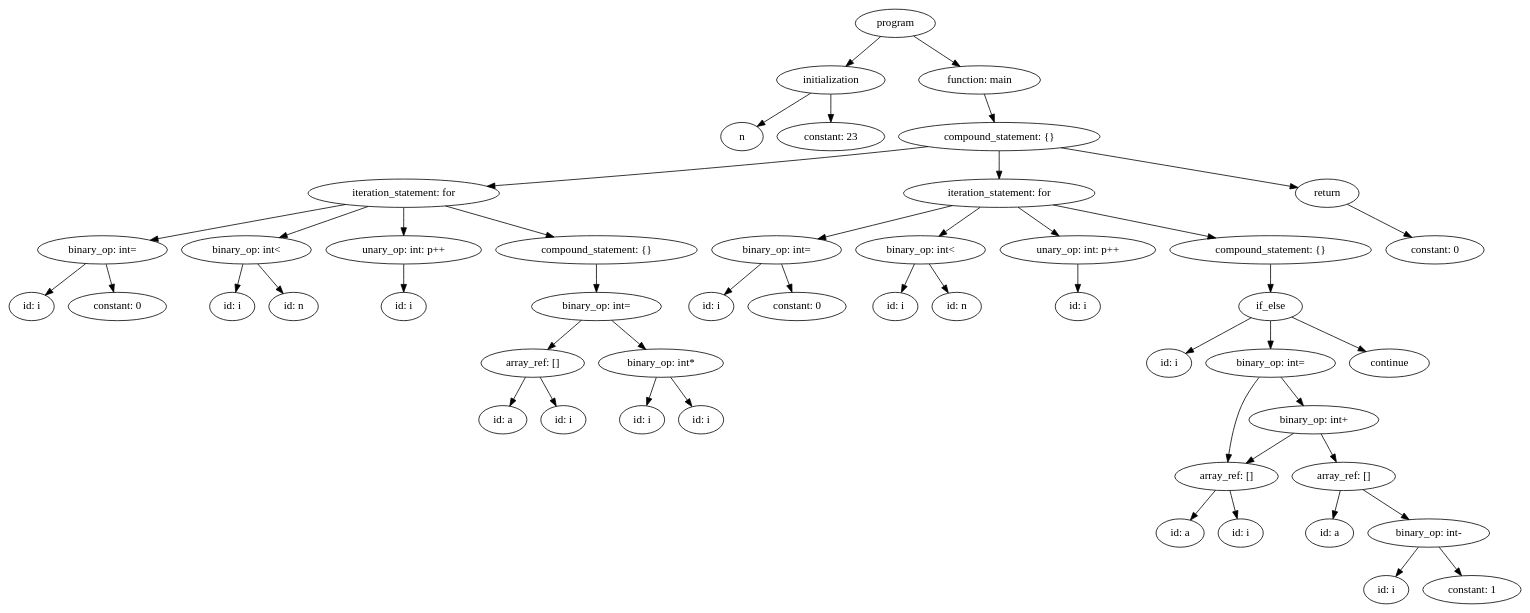
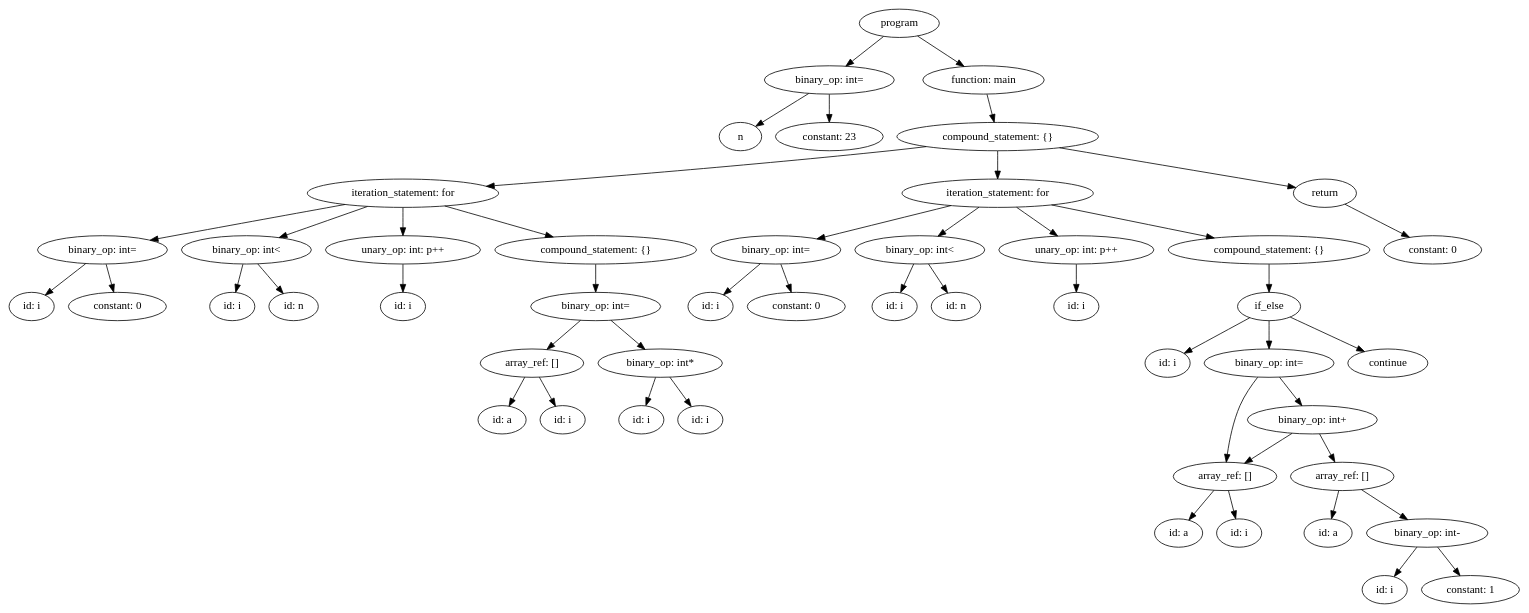
One commit to rjnrohit/C-Compiler-CS335 changed the diagram in output/test8.dot. Above: the diagram before and after it, drawn with Graphviz. The commit also changed 68 other files, not shown here.

```diff
--- a/output/test8.dot
+++ b/output/test8.dot
@@ -1,244 +1,244 @@
 strict digraph "" {
-	graph [bb="0,0,1922.1,756"];
+	graph [bb="0,0,1580.5,756"];
 	node [label="\N"];
 	58	[height=0.5,
 		label=program,
-		pos="1126.6,738",
-		width=1.4082];
+		pos="930,738",
+		width=1.1389];
 	7	[height=0.5,
-		label=initialization,
-		pos="1044.6,666",
-		width=1.9167];
-	58 -> 7	[pos="e,1063.7,683.31 1108,721.12 1097.2,711.94 1083.5,700.23 1071.6,690.06"];
+		label="binary_op: int=",
+		pos="857,666",
+		width=1.8234];
+	58 -> 7	[pos="e,874.17,683.47 913.8,721.46 904.33,712.39 892.2,700.75 881.58,690.57"];
 	57	[height=0.5,
 		label="function: main",
-		pos="1233.6,666",
-		width=2.1528];
-	58 -> 57	[pos="e,1208.9,683.13 1149.8,721.81 1164.5,712.18 1183.8,699.55 1200.2,688.85"];
+		pos="1017,666",
+		width=1.7512];
+	58 -> 57	[pos="e,996.95,683.13 948.88,721.81 960.63,712.35 975.96,700.02 989.1,689.45"];
 	5	[height=0.5,
 		label=n,
-		pos="931.6,594",
+		pos="758,594",
 		width=0.75];
-	7 -> 5	[pos="e,950.8,606.9 1019,649.12 1001.3,638.19 977.9,623.69 959.75,612.44"];
+	7 -> 5	[pos="e,775.9,607.66 834.04,648.76 819.24,638.3 799.94,624.65 784.49,613.73"];
 	6	[height=0.5,
 		label="constant: 23",
-		pos="1044.6,594",
-		width=1.8957];
-	7 -> 6	[pos="e,1044.6,612.1 1044.6,647.7 1044.6,639.98 1044.6,630.71 1044.6,622.11"];
+		pos="857,594",
+		width=1.5];
+	7 -> 6	[pos="e,857,612.1 857,647.7 857,639.98 857,630.71 857,622.11"];
 	56	[height=0.5,
 		label="compound_statement: {}",
-		pos="1258.6,594",
-		width=3.5566];
-	57 -> 56	[pos="e,1252.4,612.28 1239.6,648.05 1242.5,640.18 1245.9,630.62 1249,621.79"];
+		pos="1030,594",
+		width=2.7984];
+	57 -> 56	[pos="e,1026.8,612.1 1020.2,647.7 1021.6,639.98 1023.4,630.71 1025,622.11"];
 	30	[height=0.5,
 		label="iteration_statement: for",
-		pos="501.6,522",
-		width=3.3761];
-	56 -> 30	[pos="e,607.58,530.82 1168,581.26 1152.5,579.4 1136.6,577.57 1121.6,576 946.29,557.64 742.59,541.15 617.91,531.61"];
+		pos="419,522",
+		width=2.5998];
+	56 -> 30	[pos="e,501.59,530.51 957.88,581.35 945.27,579.46 932.26,577.6 920,576 777.87,557.51 612.41,540.97 511.73,531.47"];
 	53	[height=0.5,
 		label="iteration_statement: for",
-		pos="1258.6,522",
-		width=3.3761];
-	56 -> 53	[pos="e,1258.6,540.1 1258.6,575.7 1258.6,567.98 1258.6,558.71 1258.6,550.11"];
+		pos="1030,522",
+		width=2.5998];
+	56 -> 53	[pos="e,1030,540.1 1030,575.7 1030,567.98 1030,558.71 1030,550.11"];
 	55	[height=0.5,
 		label=return,
-		pos="1675.6,522",
-		width=1.125];
-	56 -> 55	[pos="e,1638.5,529.23 1337.5,579.75 1423.4,565.34 1557.8,542.77 1628.5,530.91"];
+		pos="1365,522",
+		width=0.88889];
+	56 -> 55	[pos="e,1335.3,529.21 1093,579.83 1161.2,565.59 1267.8,543.32 1325.2,531.32"];
 	16	[height=0.5,
 		label="binary_op: int=",
-		pos="118.6,450",
-		width=2.2929];
-	30 -> 16	[pos="e,179.29,462.38 427.47,507.65 368.44,497 283.7,481.65 209.6,468 203.01,466.79 196.16,465.52 189.31,464.25"];
+		pos="108,450",
+		width=1.8234];
+	30 -> 16	[pos="e,156.55,462.2 360.05,507.92 312.09,497.25 242.65,481.75 182,468 176.99,466.86 171.78,465.68 166.56,464.49"];
 	19	[height=0.5,
 		label="binary_op: int<",
-		pos="301.6,450",
-		width=2.2929];
-	30 -> 19	[pos="e,343.39,465.63 456.21,505.12 425.51,494.37 384.89,480.15 352.99,468.99"];
+		pos="257,450",
+		width=1.8234];
+	30 -> 19	[pos="e,290.75,465.58 382.64,505.29 358.24,494.75 325.98,480.81 300.26,469.69"];
 	21	[height=0.5,
 		label="unary_op: int: p++",
-		pos="501.6,450",
-		width=2.75];
-	30 -> 21	[pos="e,501.6,468.1 501.6,503.7 501.6,495.98 501.6,486.71 501.6,478.11"];
+		pos="419,450",
+		width=2.1667];
+	30 -> 21	[pos="e,419,468.1 419,503.7 419,495.98 419,486.71 419,478.11"];
 	29	[height=0.5,
 		label="compound_statement: {}",
-		pos="746.6,450",
-		width=3.5566];
-	30 -> 29	[pos="e,692.69,466.4 554.76,505.81 592.46,495.04 643.24,480.53 683.08,469.15"];
+		pos="616,450",
+		width=2.7984];
+	30 -> 29	[pos="e,573,466.28 461.75,505.81 491.59,495.21 531.61,480.99 563.41,469.69"];
 	33	[height=0.5,
 		label="binary_op: int=",
-		pos="975.6,450",
-		width=2.2929];
-	53 -> 33	[pos="e,1028,463.97 1198.9,506.24 1151.7,494.56 1085.9,478.29 1038,466.43"];
+		pos="800,450",
+		width=1.8234];
+	53 -> 33	[pos="e,842.18,463.84 982.34,506.5 944.26,494.9 890.95,478.68 851.81,466.77"];
 	36	[height=0.5,
 		label="binary_op: int<",
-		pos="1158.6,450",
-		width=2.2929];
-	53 -> 36	[pos="e,1182,467.39 1234.6,504.23 1221.4,494.99 1204.9,483.39 1190.6,473.38"];
+		pos="949,450",
+		width=1.8234];
+	53 -> 36	[pos="e,967.87,467.31 1010.4,504.05 999.99,495.07 987.06,483.9 975.76,474.12"];
 	38	[height=0.5,
 		label="unary_op: int: p++",
-		pos="1358.6,450",
-		width=2.75];
-	53 -> 38	[pos="e,1334.8,467.63 1282.5,504.23 1295.7,495.06 1312.1,483.56 1326.3,473.6"];
+		pos="1111,450",
+		width=2.1667];
+	53 -> 38	[pos="e,1091.9,467.55 1049.6,504.05 1059.9,495.13 1072.7,484.06 1084,474.34"];
 	52	[height=0.5,
 		label="compound_statement: {}",
-		pos="1603.6,450",
-		width=3.5566];
-	53 -> 52	[pos="e,1534,465.13 1327.2,507.09 1383.8,495.59 1464.3,479.26 1523.9,467.18"];
+		pos="1308,450",
+		width=2.7984];
+	53 -> 52	[pos="e,1252.1,465.07 1084.6,507.25 1129.8,495.88 1194.1,479.68 1242.1,467.59"];
 	54	[height=0.5,
 		label="constant: 0",
-		pos="1812.6,450",
-		width=1.7361];
-	55 -> 54	[pos="e,1783.1,466.05 1701.4,507.83 1721.9,497.34 1750.9,482.5 1774.2,470.61"];
+		pos="1476,450",
+		width=1.375];
+	55 -> 54	[pos="e,1452.4,465.87 1385.6,508 1402,497.69 1425.1,483.1 1443.9,471.26"];
 	14	[height=0.5,
 		label="id: i",
-		pos="28.597,378",
-		width=0.79437];
-	16 -> 14	[pos="e,45.856,392.42 97.269,432.41 84.269,422.3 67.584,409.32 53.916,398.69"];
+		pos="27,378",
+		width=0.75];
+	16 -> 14	[pos="e,42.795,392.65 88.804,432.41 77.291,422.46 62.567,409.74 50.379,399.2"];
 	15	[height=0.5,
 		label="constant: 0",
-		pos="137.6,378",
-		width=1.7361];
-	16 -> 15	[pos="e,132.95,396.1 123.29,431.7 125.41,423.9 127.96,414.51 130.32,405.83"];
+		pos="122,378",
+		width=1.375];
+	16 -> 15	[pos="e,118.58,396.1 111.46,431.7 113,423.98 114.86,414.71 116.58,406.11"];
 	17	[height=0.5,
 		label="id: i",
-		pos="283.6,378",
-		width=0.79437];
-	19 -> 17	[pos="e,288,396.1 297.15,431.7 295.14,423.9 292.73,414.51 290.5,405.83"];
+		pos="244,378",
+		width=0.75];
+	19 -> 17	[pos="e,247.18,396.1 253.79,431.7 252.35,423.98 250.63,414.71 249.04,406.11"];
 	18	[height=0.5,
 		label="id: n",
-		pos="361.6,378",
-		width=0.86659];
-	19 -> 18	[pos="e,348.43,394.36 316.12,432.05 323.82,423.08 333.38,411.92 341.75,402.15"];
+		pos="316,378",
+		width=0.75];
+	19 -> 18	[pos="e,303.32,394.04 270.98,432.41 278.65,423.31 288.27,411.9 296.65,401.96"];
 	20	[height=0.5,
 		label="id: i",
-		pos="501.6,378",
-		width=0.79437];
-	21 -> 20	[pos="e,501.6,396.1 501.6,431.7 501.6,423.98 501.6,414.71 501.6,406.11"];
+		pos="419,378",
+		width=0.75];
+	21 -> 20	[pos="e,419,396.1 419,431.7 419,423.98 419,414.71 419,406.11"];
 	28	[height=0.5,
 		label="binary_op: int=",
-		pos="746.6,378",
-		width=2.2929];
-	29 -> 28	[pos="e,746.6,396.1 746.6,431.7 746.6,423.98 746.6,414.71 746.6,406.11"];
+		pos="616,378",
+		width=1.8234];
+	29 -> 28	[pos="e,616,396.1 616,431.7 616,423.98 616,414.71 616,406.11"];
 	31	[height=0.5,
 		label="id: i",
-		pos="892.6,378",
-		width=0.79437];
-	33 -> 31	[pos="e,909.05,392.88 955.93,432.41 944.21,422.53 929.24,409.91 916.8,399.41"];
+		pos="735,378",
+		width=0.75];
+	33 -> 31	[pos="e,748.96,394.04 784.6,432.41 776.06,423.22 765.34,411.67 756.04,401.66"];
 	32	[height=0.5,
 		label="constant: 0",
-		pos="1001.6,378",
-		width=1.7361];
-	33 -> 32	[pos="e,995.24,396.1 982.02,431.7 984.95,423.81 988.48,414.3 991.74,405.55"];
+		pos="830,378",
+		width=1.375];
+	33 -> 32	[pos="e,822.6,396.28 807.26,432.05 810.68,424.09 814.82,414.41 818.64,405.51"];
 	34	[height=0.5,
 		label="id: i",
-		pos="1126.6,378",
-		width=0.79437];
-	36 -> 34	[pos="e,1134.3,395.79 1150.9,432.05 1147.2,423.97 1142.7,414.12 1138.5,405.11"];
+		pos="933,378",
+		width=0.75];
+	36 -> 34	[pos="e,936.91,396.1 945.04,431.7 943.28,423.98 941.16,414.71 939.2,406.11"];
 	35	[height=0.5,
 		label="id: n",
-		pos="1204.6,378",
-		width=0.86659];
-	36 -> 35	[pos="e,1193.9,395.31 1169.7,432.05 1175.3,423.59 1182.1,413.19 1188.3,403.84"];
+		pos="1005,378",
+		width=0.75];
+	36 -> 35	[pos="e,992.71,394.36 962.56,432.05 969.67,423.17 978.49,412.14 986.24,402.45"];
 	37	[height=0.5,
 		label="id: i",
-		pos="1358.6,378",
-		width=0.79437];
-	38 -> 37	[pos="e,1358.6,396.1 1358.6,431.7 1358.6,423.98 1358.6,414.71 1358.6,406.11"];
+		pos="1111,378",
+		width=0.75];
+	38 -> 37	[pos="e,1111,396.1 1111,431.7 1111,423.98 1111,414.71 1111,406.11"];
 	51	[height=0.5,
 		label=if_else,
-		pos="1603.6,378",
-		width=1.125];
-	52 -> 51	[pos="e,1603.6,396.1 1603.6,431.7 1603.6,423.98 1603.6,414.71 1603.6,406.11"];
+		pos="1308,378",
+		width=0.95833];
+	52 -> 51	[pos="e,1308,396.1 1308,431.7 1308,423.98 1308,414.71 1308,406.11"];
 	24	[height=0.5,
 		label="array_ref: []",
-		pos="665.6,306",
-		width=1.8234];
-	28 -> 24	[pos="e,684.66,323.47 727.4,360.41 716.91,351.34 703.75,339.97 692.28,330.06"];
+		pos="547,306",
+		width=1.5];
+	28 -> 24	[pos="e,563.23,323.47 599.65,360.41 590.88,351.52 579.93,340.41 570.29,330.63"];
 	27	[height=0.5,
 		label="binary_op: int*",
-		pos="828.6,306",
-		width=2.2083];
-	28 -> 27	[pos="e,809.3,323.47 766.03,360.41 776.65,351.34 789.97,339.97 801.59,330.06"];
+		pos="684,306",
+		width=1.8056];
+	28 -> 27	[pos="e,668,323.47 632.12,360.41 640.67,351.61 651.33,340.63 660.76,330.92"];
 	39	[height=0.5,
 		label="id: i",
-		pos="1474.6,306",
-		width=0.79437];
-	51 -> 39	[pos="e,1495.7,318.43 1579,363.67 1557.8,352.16 1527.1,335.51 1504.5,323.23"];
+		pos="1197,306",
+		width=0.75];
+	51 -> 39	[pos="e,1216.2,319.11 1286.9,363.67 1269.3,352.57 1244.1,336.69 1224.8,324.56"];
 	49	[height=0.5,
 		label="binary_op: int=",
-		pos="1603.6,306",
-		width=2.2929];
-	51 -> 49	[pos="e,1603.6,324.1 1603.6,359.7 1603.6,351.98 1603.6,342.71 1603.6,334.11"];
+		pos="1308,306",
+		width=1.8234];
+	51 -> 49	[pos="e,1308,324.1 1308,359.7 1308,351.98 1308,342.71 1308,334.11"];
 	50	[height=0.5,
 		label=continue,
-		pos="1754.6,306",
-		width=1.4082];
-	51 -> 50	[pos="e,1725,320.72 1630.6,364.49 1654.3,353.47 1689.2,337.32 1715.9,324.93"];
+		pos="1433,306",
+		width=1.1389];
+	51 -> 50	[pos="e,1408.4,320.78 1330.6,364.32 1349.8,353.57 1377.7,337.98 1399.5,325.78"];
 	22	[height=0.5,
 		label="id: a",
-		pos="627.6,234",
-		width=0.84854];
-	24 -> 22	[pos="e,636.45,251.31 656.4,288.05 651.85,279.68 646.27,269.4 641.24,260.13"];
+		pos="492,234",
+		width=0.75];
+	24 -> 22	[pos="e,504.19,250.51 533.97,288.41 526.99,279.53 518.27,268.44 510.6,258.67"];
 	23	[height=0.5,
 		label="id: i",
-		pos="704.6,234",
-		width=0.79437];
-	24 -> 23	[pos="e,695.51,251.31 675.04,288.05 679.7,279.68 685.43,269.4 690.59,260.13"];
+		pos="564,234",
+		width=0.75];
+	24 -> 23	[pos="e,559.85,252.1 551.2,287.7 553.1,279.9 555.38,270.51 557.48,261.83"];
 	25	[height=0.5,
 		label="id: i",
-		pos="804.6,234",
-		width=0.79437];
-	27 -> 25	[pos="e,810.46,252.1 822.66,287.7 819.99,279.9 816.77,270.51 813.8,261.83"];
+		pos="668,234",
+		width=0.75];
+	27 -> 25	[pos="e,671.91,252.1 680.04,287.7 678.28,279.98 676.16,270.71 674.2,262.11"];
 	26	[height=0.5,
 		label="id: i",
-		pos="879.6,234",
-		width=0.79437];
-	27 -> 26	[pos="e,868.06,250.83 840.94,288.05 847.26,279.38 855.07,268.67 862,259.15"];
+		pos="740,234",
+		width=0.75];
+	27 -> 26	[pos="e,727.71,250.36 697.56,288.05 704.67,279.17 713.49,268.14 721.24,258.45"];
 	42	[height=0.5,
 		label="array_ref: []",
-		pos="1547.6,162",
-		width=1.8234];
-	49 -> 42	[pos="e,1549.2,180.01 1589,287.91 1581.3,278.01 1572.2,264.97 1566.6,252 1558,232.23 1553.2,208.25 1550.5,190.16"];
+		pos="1261,162",
+		width=1.5];
+	49 -> 42	[pos="e,1263.2,180.12 1297.4,287.89 1291.5,277.77 1284.5,264.52 1280,252 1272.7,231.86 1267.8,208.08 1264.8,190.17"];
 	48	[height=0.5,
 		label="binary_op: int+",
-		pos="1658.6,234",
-		width=2.2929];
-	49 -> 48	[pos="e,1645.4,251.79 1616.9,288.05 1623.6,279.54 1631.8,269.07 1639.2,259.68"];
+		pos="1355,234",
+		width=1.8234];
+	49 -> 48	[pos="e,1343.7,251.79 1319.4,288.05 1325,279.71 1331.8,269.49 1338,260.25"];
 	40	[height=0.5,
 		label="id: a",
-		pos="1488.6,90",
-		width=0.84854];
-	42 -> 40	[pos="e,1501.7,106.51 1533.6,144.41 1526.1,135.44 1516.6,124.21 1508.3,114.37"];
+		pos="1203,90",
+		width=0.75];
+	42 -> 40	[pos="e,1215.5,106.04 1247.3,144.41 1239.7,135.31 1230.3,123.9 1222,113.96"];
 	41	[height=0.5,
 		label="id: i",
-		pos="1565.6,90",
-		width=0.79437];
-	42 -> 41	[pos="e,1561.2,108.1 1552,143.7 1554.1,135.9 1556.5,126.51 1558.7,117.83"];
-	48 -> 42	[pos="e,1572.4,178.67 1632.9,216.76 1617.5,207.09 1597.9,194.69 1581.3,184.24"];
+		pos="1275,90",
+		width=0.75];
+	42 -> 41	[pos="e,1271.6,108.1 1264.5,143.7 1266,135.98 1267.9,126.71 1269.6,118.11"];
+	48 -> 42	[pos="e,1282,178.67 1333.2,216.76 1320.4,207.27 1304.2,195.15 1290.3,184.82"];
 	47	[height=0.5,
 		label="array_ref: []",
-		pos="1696.6,162",
-		width=1.8234];
-	48 -> 47	[pos="e,1687.2,180.28 1667.8,216.05 1672.2,208.01 1677.5,198.2 1682.4,189.23"];
+		pos="1387,162",
+		width=1.5];
+	48 -> 47	[pos="e,1379.1,180.28 1362.7,216.05 1366.4,208.09 1370.8,198.41 1374.9,189.51"];
 	43	[height=0.5,
 		label="id: a",
-		pos="1678.6,90",
-		width=0.84854];
-	47 -> 43	[pos="e,1683,108.1 1692.1,143.7 1690.1,135.9 1687.7,126.51 1685.5,117.83"];
+		pos="1374,90",
+		width=0.75];
+	47 -> 43	[pos="e,1377.2,108.1 1383.8,143.7 1382.4,135.98 1380.6,126.71 1379,118.11"];
 	46	[height=0.5,
 		label="binary_op: int-",
-		pos="1804.6,90",
-		width=2.1528];
-	47 -> 46	[pos="e,1779.8,107.06 1721.1,145.12 1735.9,135.52 1755,123.15 1771.2,112.67"];
+		pos="1483,90",
+		width=1.7693];
+	47 -> 46	[pos="e,1461,107.06 1408.8,145.12 1421.8,135.61 1438.6,123.38 1452.9,112.96"];
 	44	[height=0.5,
 		label="id: i",
-		pos="1750.6,18",
-		width=0.79437];
-	46 -> 44	[pos="e,1762.8,34.829 1791.5,72.055 1784.8,63.292 1776.4,52.451 1769,42.856"];
+		pos="1436,18",
+		width=0.75];
+	46 -> 44	[pos="e,1446.6,34.829 1471.6,72.055 1465.8,63.381 1458.6,52.669 1452.2,43.147"];
 	45	[height=0.5,
 		label="constant: 1",
-		pos="1859.6,18",
-		width=1.7361];
-	46 -> 45	[pos="e,1846.4,35.789 1817.9,72.055 1824.6,63.543 1832.8,53.068 1840.2,43.681"];
+		pos="1531,18",
+		width=1.375];
+	46 -> 45	[pos="e,1519.5,35.789 1494.6,72.055 1500.3,63.715 1507.3,53.491 1513.7,44.252"];
 }
```
